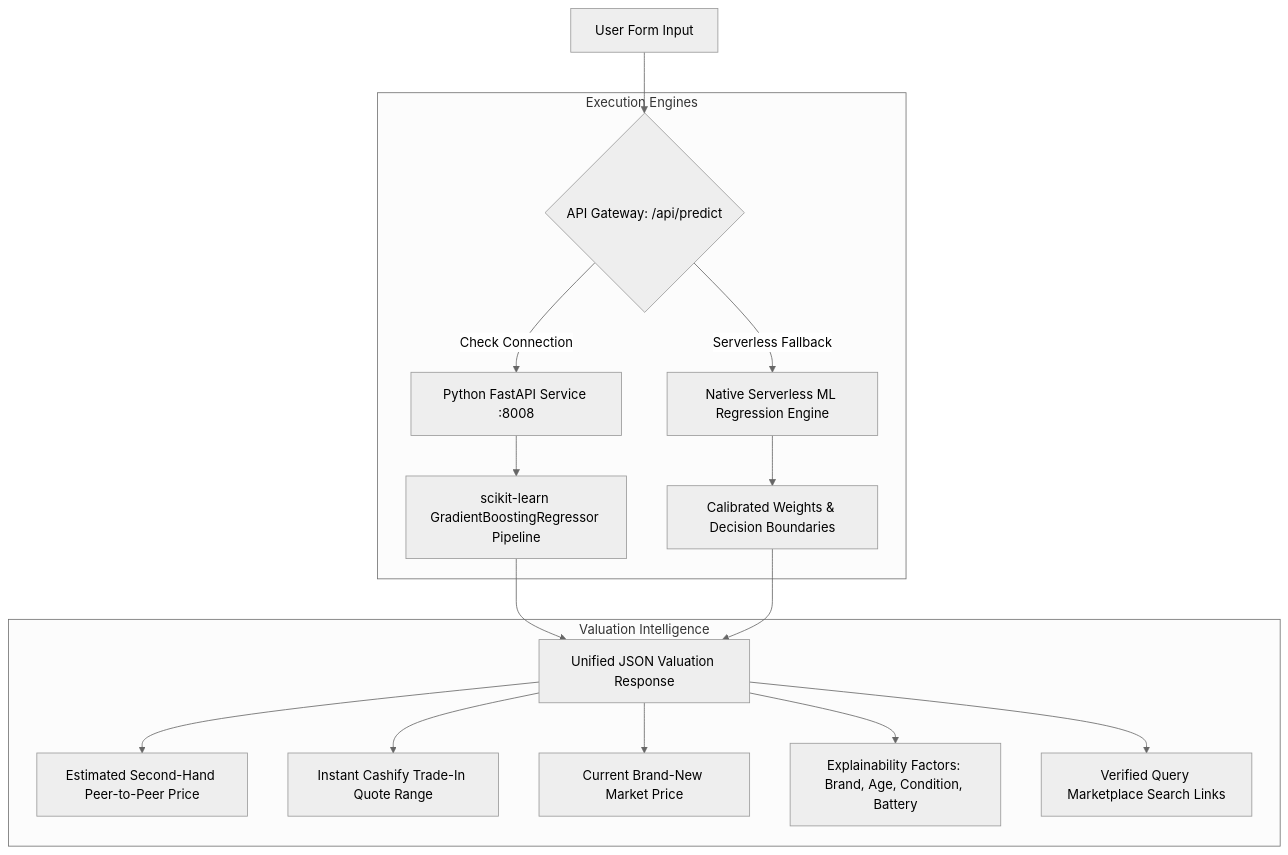
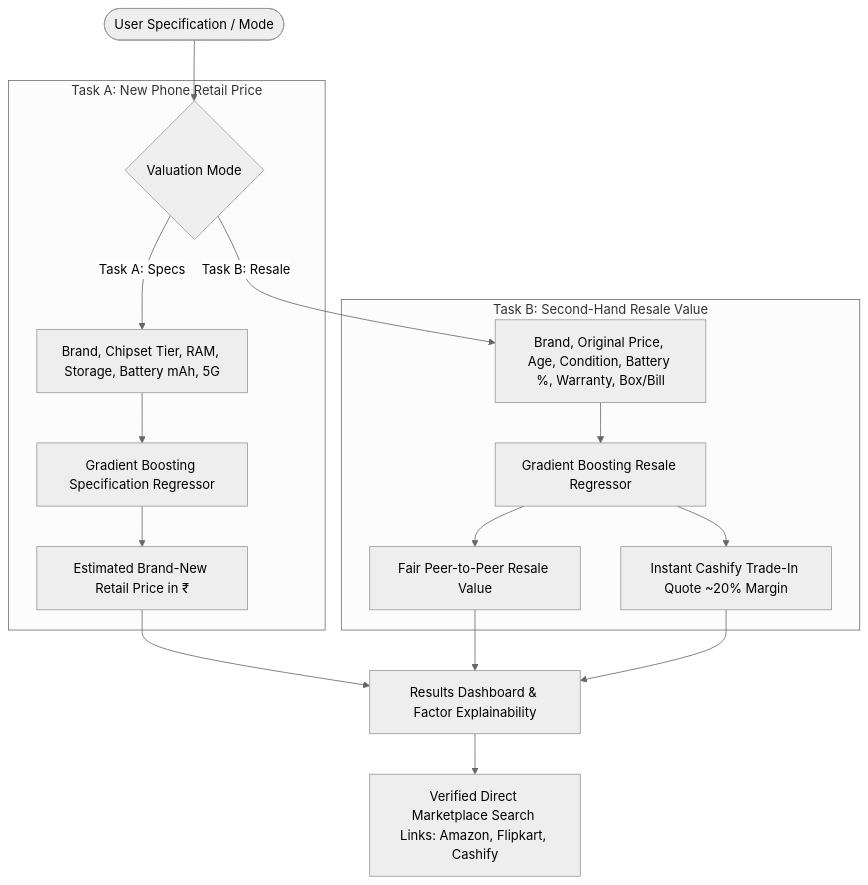
One commit to bpratyushjemini-boop/phonelytics-ai changed the diagram in README.md. Above: the diagram before and after it, drawn with Mermaid (neutral theme). The commit also changed other lines of this file and 23 other files, not shown here.

Commit message:
feat(upgrade): repository-informed dual ML pipeline (Task A retail & Task B resale), extrapolation warnings, and research synthesis

````diff
--- a/README.md
+++ b/README.md
@@ -37,22 +39,22 @@
 ```mermaid
 flowchart TD
-    A[User Form Input] --> B{API Gateway: /api/predict}
-    
-    subgraph Execution Engines
-        B -->|Check Connection| C[Python FastAPI Service :8008]
-        C --> D[scikit-learn GradientBoostingRegressor Pipeline]
-        B -->|Serverless Fallback| E[Native Serverless ML Regression Engine]
-        E --> F[Calibrated Weights & Decision Boundaries]
+    User([User Specification / Mode]) --> ModeSwitch{Valuation Mode}
+
+    subgraph Task A: New Phone Retail Price
+        ModeSwitch -->|Task A: Specs| A1[Brand, Chipset Tier, RAM, Storage, Battery mAh, 5G]
+        A1 --> A2[Gradient Boosting Specification Regressor]
+        A2 --> A3[Estimated Brand-New Retail Price in ₹]
     end
-    
-    D --> G[Unified JSON Valuation Response]
-    F --> G
-    
-    subgraph Valuation Intelligence
-        G --> H[Estimated Second-Hand Peer-to-Peer Price]
-        G --> I[Instant Cashify Trade-In Quote Range]
-        G --> J[Current Brand-New Market Price]
-        G --> K[Explainability Factors: Brand, Age, Condition, Battery]
-        G --> L[Verified Query Marketplace Search Links]
+
+    subgraph Task B: Second-Hand Resale Value
+        ModeSwitch -->|Task B: Resale| B1[Brand, Original Price, Age, Condition, Battery %, Warranty, Box/Bill]
+        B1 --> B2[Gradient Boosting Resale Regressor]
+        B2 --> B3[Fair Peer-to-Peer Resale Value]
+        B2 --> B4[Instant Cashify Trade-In Quote ~20% Margin]
     end
+
+    A3 --> Dashboard[Results Dashboard & Factor Explainability]
+    B3 --> Dashboard
+    B4 --> Dashboard
+    Dashboard --> ExtLinks[Verified Direct Marketplace Search Links: Amazon, Flipkart, Cashify]
 ```
````
